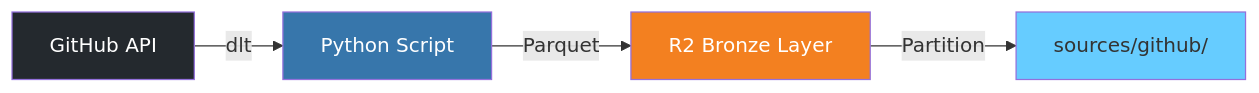
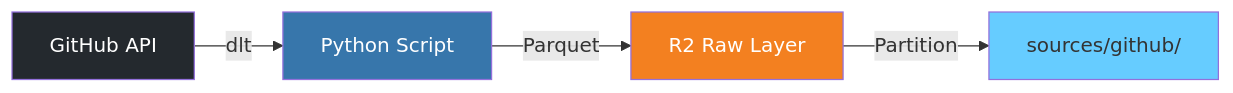
One commit to ta93abe/data-engineering-with-cloudflare changed the diagram in docs/github-data-pipeline.md. Above: the diagram before and after it, drawn with Mermaid. The commit also changed other lines of this file and 1 other file, not shown here.

First line of the commit message:
refactor: Replace Bronze/Silver/Gold naming with Raw/Staging/Marts

````diff
--- a/docs/github-data-pipeline.md
+++ b/docs/github-data-pipeline.md
@@ -29,11 +29,11 @@
 ```mermaid
 graph LR
     A[GitHub API] -->|dlt| B[Python Script]
-    B -->|Parquet| C[R2 Bronze Layer]
+    B -->|Parquet| C[R2 Raw Layer]
     C -->|Partition| D[sources/github/]
 
     style A fill:#24292e,color:#fff
     style B fill:#3776ab,color:#fff
     style C fill:#f38020,color:#fff
     style D fill:#6cf
 ```
````
